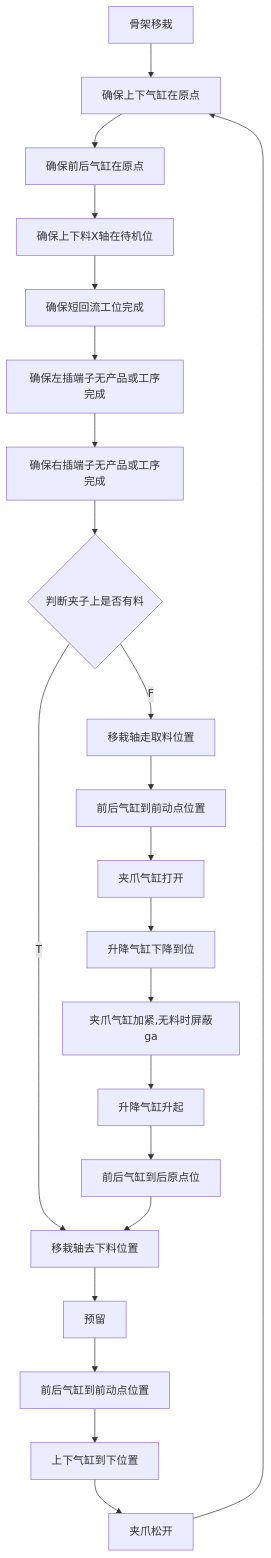
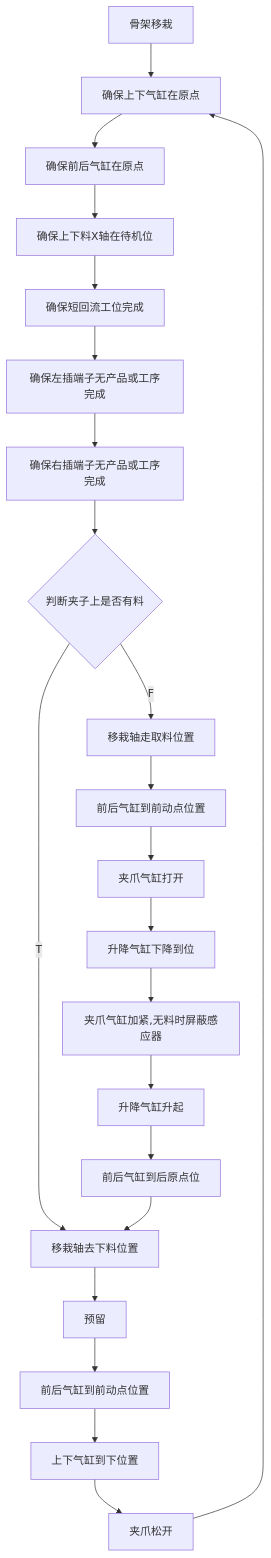
Before and after one commit to zmq000/iodraw-files: the diagram in all/VR-OP90骨架移栽.md, drawn with Mermaid.

Commit message:
2026-06-18 10:57:30 update

````diff
--- a/all/VR-OP90骨架移栽.md
+++ b/all/VR-OP90骨架移栽.md
@@ -1,33 +1,33 @@
 ```mermaid
 graph TD
    0[骨架移栽]-->10
    10[确保上下气缸在原点]-->20
    20[确保前后气缸在原点]-->30
    30[确保上下料X轴在待机位]-->40
    40[确保短回流工位完成]-->50
    50[确保左插端子无产品或工序完成]-->60
    60[确保右插端子无产品或工序完成]-->70
    70{判断夹子上是否有料}-->|F|80
    70-->|T|150
    80[移栽轴走取料位置]-->90
    90[前后气缸到前动点位置]-->100
    100[夹爪气缸打开]-->110
    110[升降气缸下降到位]-->120
-   120[夹爪气缸加紧,无料时屏蔽ga]-->130
+   120[夹爪气缸加紧,无料时屏蔽感应器]-->130
    130[升降气缸升起]-->140
    140[前后气缸到后原点位]-->150
    150[移栽轴去下料位置]-->160
    160[预留]-->170
    170[前后气缸到前动点位置]-->180
    180[上下气缸到下位置]-->190
    190[夹爪松开]-->10
 
 
 
 
 
 
 
 
   
 ```
````
